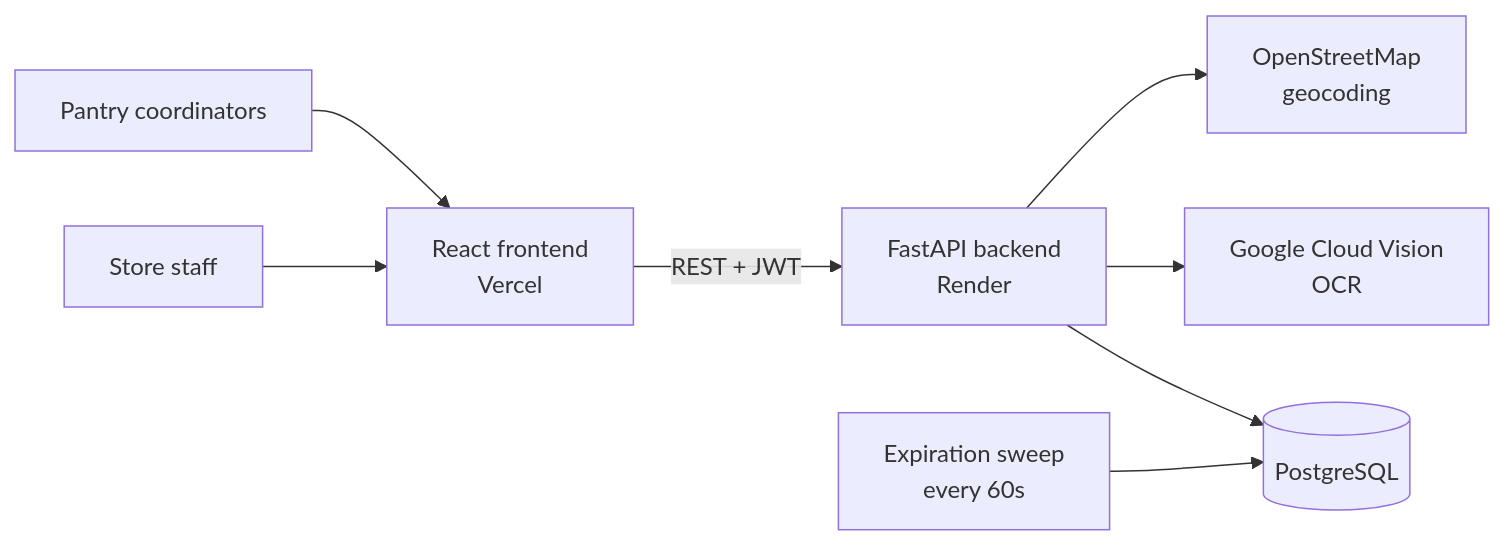
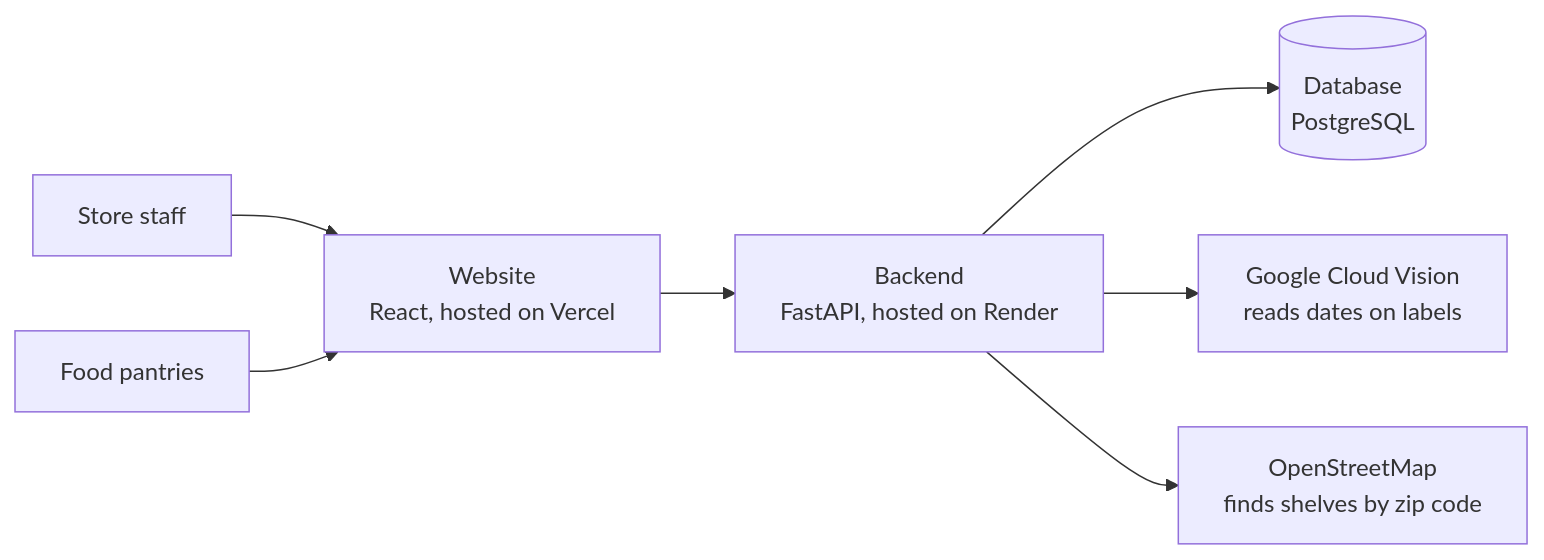
The first of 3 diagrams in README.md (Evie0007/NourishNet), drawn with Mermaid before and after one commit. The commit also changed other lines of this file, not shown here.

````diff
--- a/README.md
+++ b/README.md
@@ -45,10 +69,9 @@
 ```mermaid
 flowchart LR
     S[Store staff] --> FE
-    O[Pantry coordinators] --> FE
-    FE[React frontend<br/>Vercel] -- REST + JWT --> API[FastAPI backend<br/>Render]
-    API --> DB[(PostgreSQL)]
-    API --> GV[Google Cloud Vision<br/>OCR]
-    API --> NM[OpenStreetMap<br/>geocoding]
-    SW[Expiration sweep<br/>every 60s] --> DB
+    O[Food pantries] --> FE
+    FE[Website<br/>React, hosted on Vercel] --> API[Backend<br/>FastAPI, hosted on Render]
+    API --> DB[(Database<br/>PostgreSQL)]
+    API --> GV[Google Cloud Vision<br/>reads dates on labels]
+    API --> NM[OpenStreetMap<br/>finds shelves by zip code]
 ```
````
